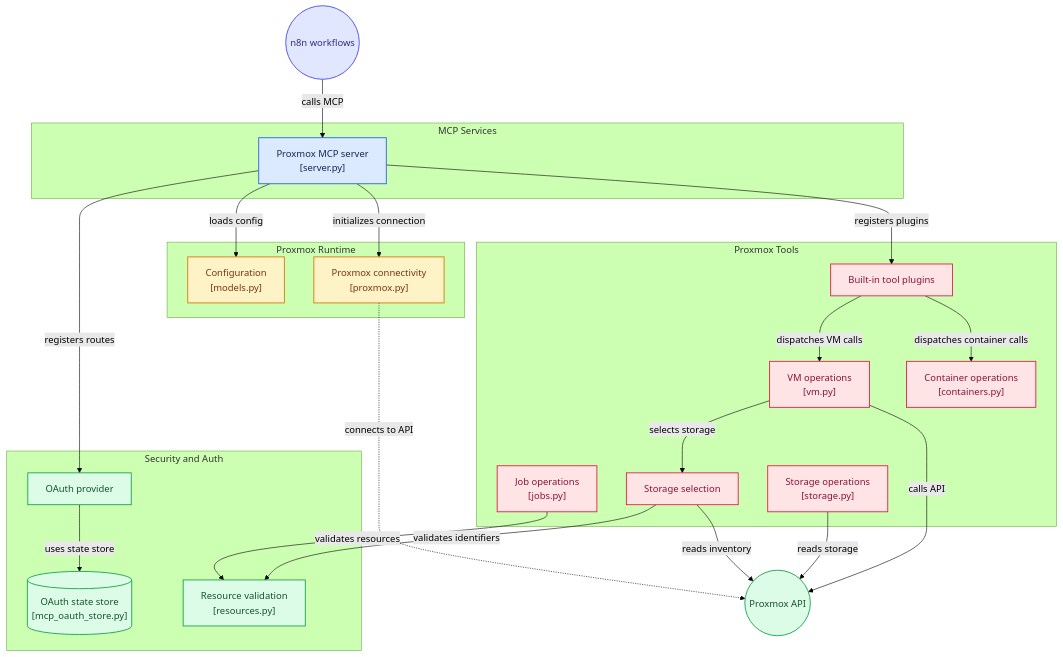
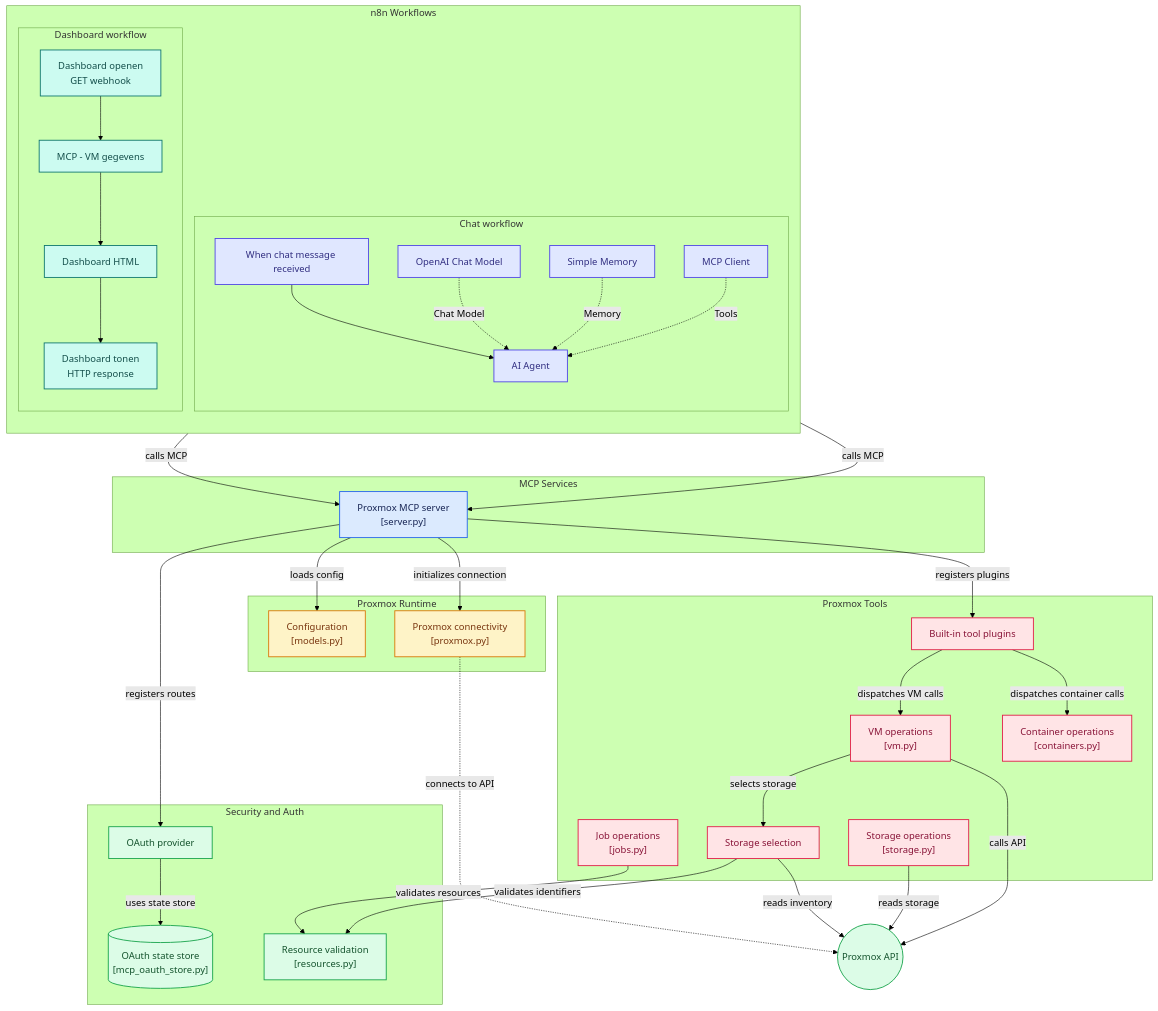
Before and after one commit to EwoudBoutje/network-experience-2627-n8n: the diagram in Proxmox_agent_dashboard/schema.md, drawn with Mermaid (forest theme). The commit also changed 5 other files, not shown here.

````diff
--- a/Proxmox_agent_dashboard/schema.md
+++ b/Proxmox_agent_dashboard/schema.md
@@ -2,6 +2,25 @@
 ```mermaid
 %% Generated by https://gitdiagram.com/ewoudboutje/network-experience-2627-n8n
 flowchart TD
+
+subgraph group_n8n_workflows["n8n Workflows"]
+  direction TB
+
+  subgraph group_chat_workflow["Chat workflow"]
+    node_chat_trigger["When chat message received"]
+    node_ai_agent["AI Agent"]
+    node_openai_model["OpenAI Chat Model"]
+    node_simple_memory["Simple Memory"]
+    node_mcp_client["MCP Client"]
+  end
+
+  subgraph group_dashboard_workflow["Dashboard workflow"]
+    node_dashboard_open["Dashboard openen<br/>GET webhook"]
+    node_mcp_vm_data["MCP - VM gegevens"]
+    node_dashboard_html["Dashboard HTML"]
+    node_dashboard_show["Dashboard tonen<br/>HTTP response"]
+  end
+end
 
 subgraph group_mcp_services["MCP Services"]
   node_proxmox_server["Proxmox MCP server<br/>[server.py]"]
@@ -27,10 +46,19 @@
   node_job_tools["Job operations<br/>[jobs.py]"]
 end
 
-node_n8n(("n8n workflows"))
 node_proxmox(("Proxmox API"))
 
-node_n8n -->|"calls MCP"| node_proxmox_server
+node_chat_trigger --> node_ai_agent
+node_openai_model -.->|"Chat Model"| node_ai_agent
+node_simple_memory -.->|"Memory"| node_ai_agent
+node_mcp_client -.->|"Tools"| node_ai_agent
+node_mcp_client -->|"calls MCP"| node_proxmox_server
+
+node_dashboard_open --> node_mcp_vm_data
+node_mcp_vm_data --> node_dashboard_html
+node_dashboard_html --> node_dashboard_show
+node_mcp_vm_data -->|"calls MCP"| node_proxmox_server
+
 node_proxmox_server -->|"loads config"| node_proxmox_config
 node_proxmox_server -->|"initializes connection"| node_proxmox_connection
 node_proxmox_server -->|"registers routes"| node_oauth_provider
@@ -58,6 +86,15 @@
 click node_storage_selection "https://github.com/ewoudboutje/network-experience-2627-n8n/blob/main/Proxmox_agent_dashboard/proxmox-agent/source/src/proxmox_mcp/tools/storage_selection.py"
 click node_job_tools "https://github.com/ewoudboutje/network-experience-2627-n8n/blob/main/Proxmox_agent_dashboard/proxmox-agent/source/src/proxmox_mcp/services/jobs.py"
 click node_resource_security "https://github.com/ewoudboutje/network-experience-2627-n8n/blob/main/Proxmox_agent_dashboard/proxmox-agent/source/src/proxmox_mcp/security/resources.py"
+click node_chat_trigger "https://github.com/ewoudboutje/network-experience-2627-n8n/blob/main/Proxmox_agent_dashboard/workflow.json"
+click node_ai_agent "https://github.com/ewoudboutje/network-experience-2627-n8n/blob/main/Proxmox_agent_dashboard/workflow.json"
+click node_openai_model "https://github.com/ewoudboutje/network-experience-2627-n8n/blob/main/Proxmox_agent_dashboard/workflow.json"
+click node_simple_memory "https://github.com/ewoudboutje/network-experience-2627-n8n/blob/main/Proxmox_agent_dashboard/workflow.json"
+click node_mcp_client "https://github.com/ewoudboutje/network-experience-2627-n8n/blob/main/Proxmox_agent_dashboard/workflow.json"
+click node_dashboard_open "https://github.com/ewoudboutje/network-experience-2627-n8n/blob/main/Proxmox_agent_dashboard/workflow.json"
+click node_mcp_vm_data "https://github.com/ewoudboutje/network-experience-2627-n8n/blob/main/Proxmox_agent_dashboard/workflow.json"
+click node_dashboard_html "https://github.com/ewoudboutje/network-experience-2627-n8n/blob/main/Proxmox_agent_dashboard/workflow.json"
+click node_dashboard_show "https://github.com/ewoudboutje/network-experience-2627-n8n/blob/main/Proxmox_agent_dashboard/workflow.json"
 
 classDef toneNeutral fill:#f8fafc,stroke:#334155,stroke-width:1.5px,color:#0f172a
 classDef toneBlue fill:#dbeafe,stroke:#2563eb,stroke-width:1.5px,color:#172554
@@ -70,5 +107,6 @@
 class node_proxmox_config,node_proxmox_connection toneAmber
 class node_oauth_provider,node_oauth_store,node_resource_security,node_proxmox toneMint
 class node_tool_plugins,node_vm_tools,node_container_tools,node_storage_tools,node_storage_selection,node_job_tools toneRose
-class node_n8n toneIndigo
+class node_chat_trigger,node_ai_agent,node_openai_model,node_simple_memory,node_mcp_client toneIndigo
+class node_dashboard_open,node_mcp_vm_data,node_dashboard_html,node_dashboard_show toneTeal
 ```
````
